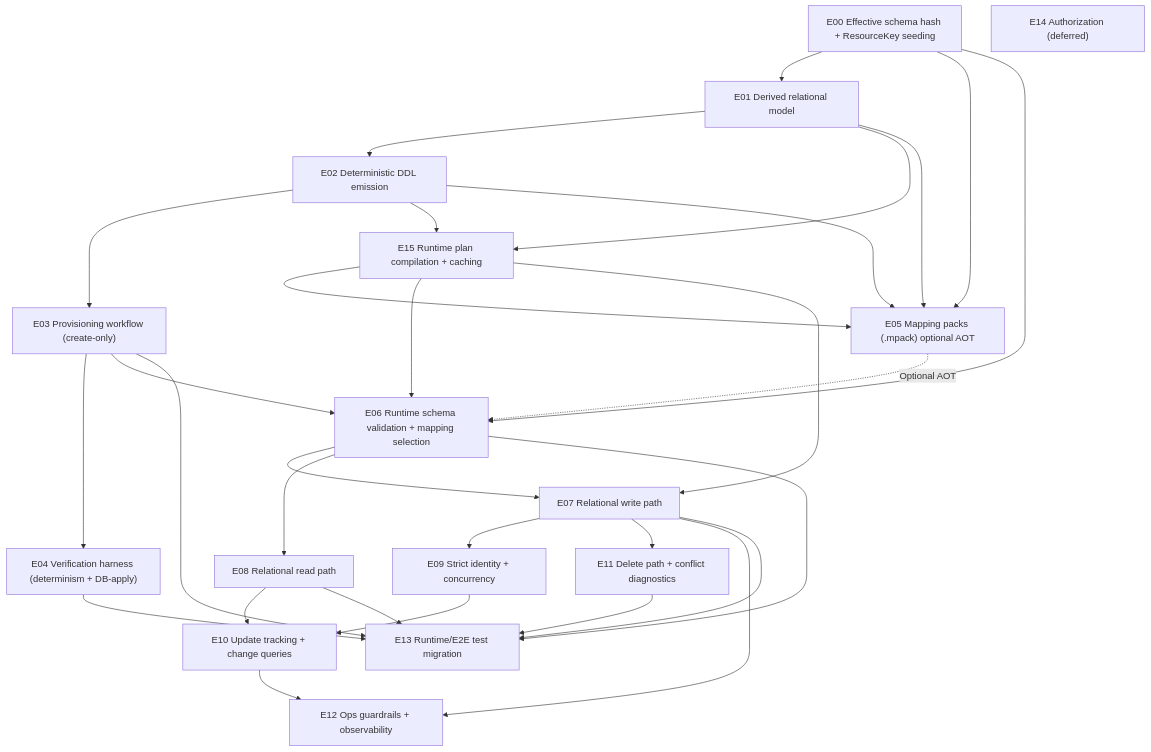
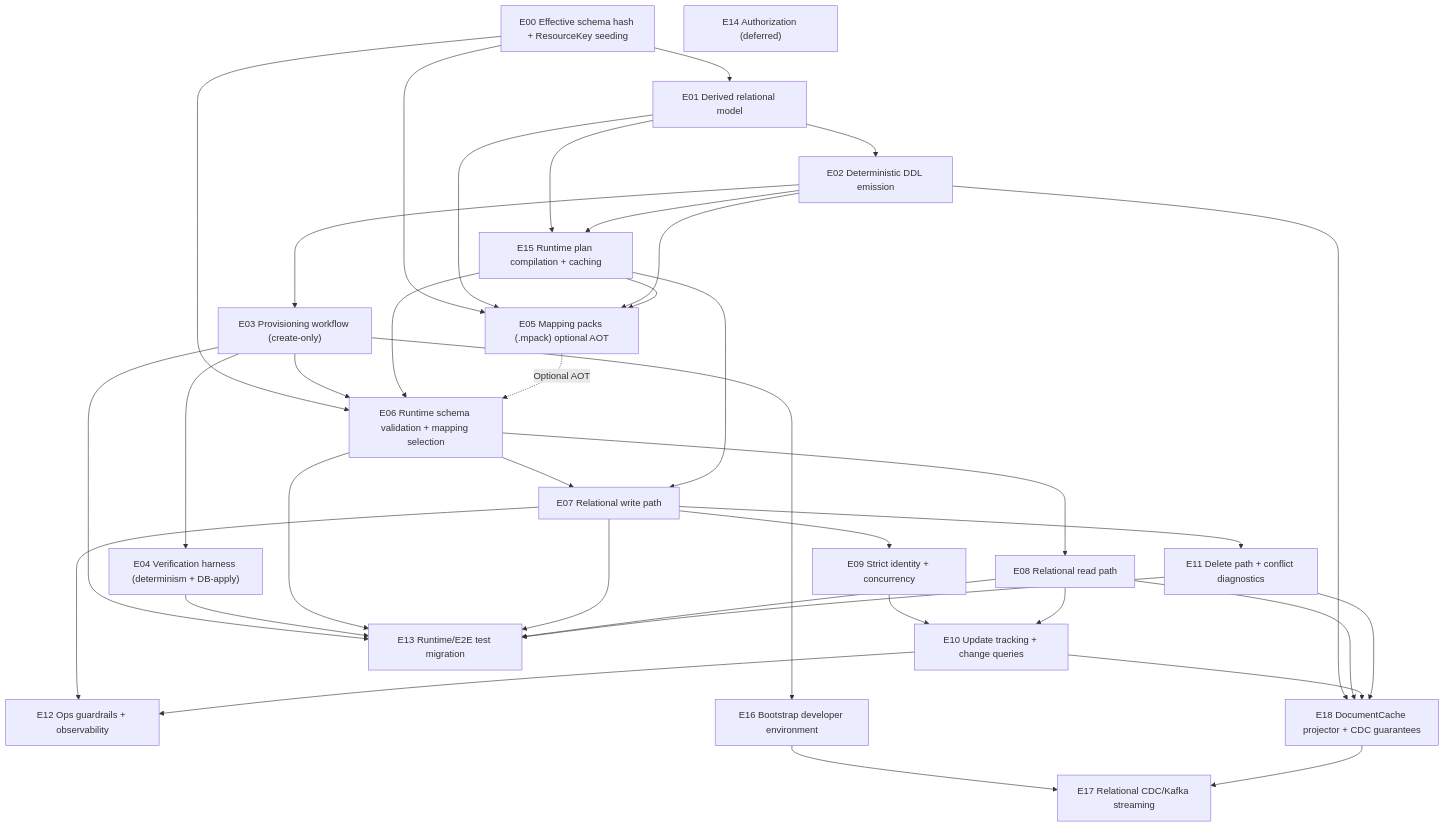
Before and after one commit to Ed-Fi-Alliance-OSS/Data-Management-Service: the diagram in reference/design/backend-redesign/epics/DEPENDENCIES.md, drawn with Mermaid. The commit also changed other lines of this file and 26 other files, not shown here.

````diff
--- a/reference/design/backend-redesign/epics/DEPENDENCIES.md
+++ b/reference/design/backend-redesign/epics/DEPENDENCIES.md
@@ -25,50 +26,63 @@
 ```mermaid
 graph TD
   E00["E00 Effective schema hash + ResourceKey seeding"]
   E01["E01 Derived relational model"]
   E02["E02 Deterministic DDL emission"]
   E03["E03 Provisioning workflow (create-only)"]
   E04["E04 Verification harness (determinism + DB-apply)"]
   E05["E05 Mapping packs (.mpack) optional AOT"]
   E06["E06 Runtime schema validation + mapping selection"]
   E07["E07 Relational write path"]
   E08["E08 Relational read path"]
   E09["E09 Strict identity + concurrency"]
   E10["E10 Update tracking + change queries"]
   E11["E11 Delete path + conflict diagnostics"]
   E12["E12 Ops guardrails + observability"]
   E13["E13 Runtime/E2E test migration"]
   E14["E14 Authorization (deferred)"]
   E15["E15 Runtime plan compilation + caching"]
+  E16["E16 Bootstrap developer environment"]
+  E17["E17 Relational CDC/Kafka streaming"]
+  E18["E18 DocumentCache projector + CDC guarantees"]
 
   E00 --> E01 --> E02 --> E03 --> E04
 
   E01 --> E15
   E02 --> E15
 
   E00 --> E05
   E01 --> E05
   E02 --> E05
   E15 --> E05
 
   E00 --> E06
   E03 --> E06
   E15 --> E06
   E05 -. Optional AOT .-> E06
 
   E06 --> E07 --> E09 --> E10
   E15 --> E07
   E06 --> E08 --> E10
   E07 --> E11
   E07 --> E12
   E10 --> E12
 
   E03 --> E13
   E04 --> E13
   E06 --> E13
   E07 --> E13
   E08 --> E13
   E11 --> E13
 
+  E03 --> E16
+
+  E02 --> E18
+  E08 --> E18
+  E10 --> E18
+  E11 --> E18
+
+  E16 --> E17
+  E18 --> E17
+
   E14
 ```
````
